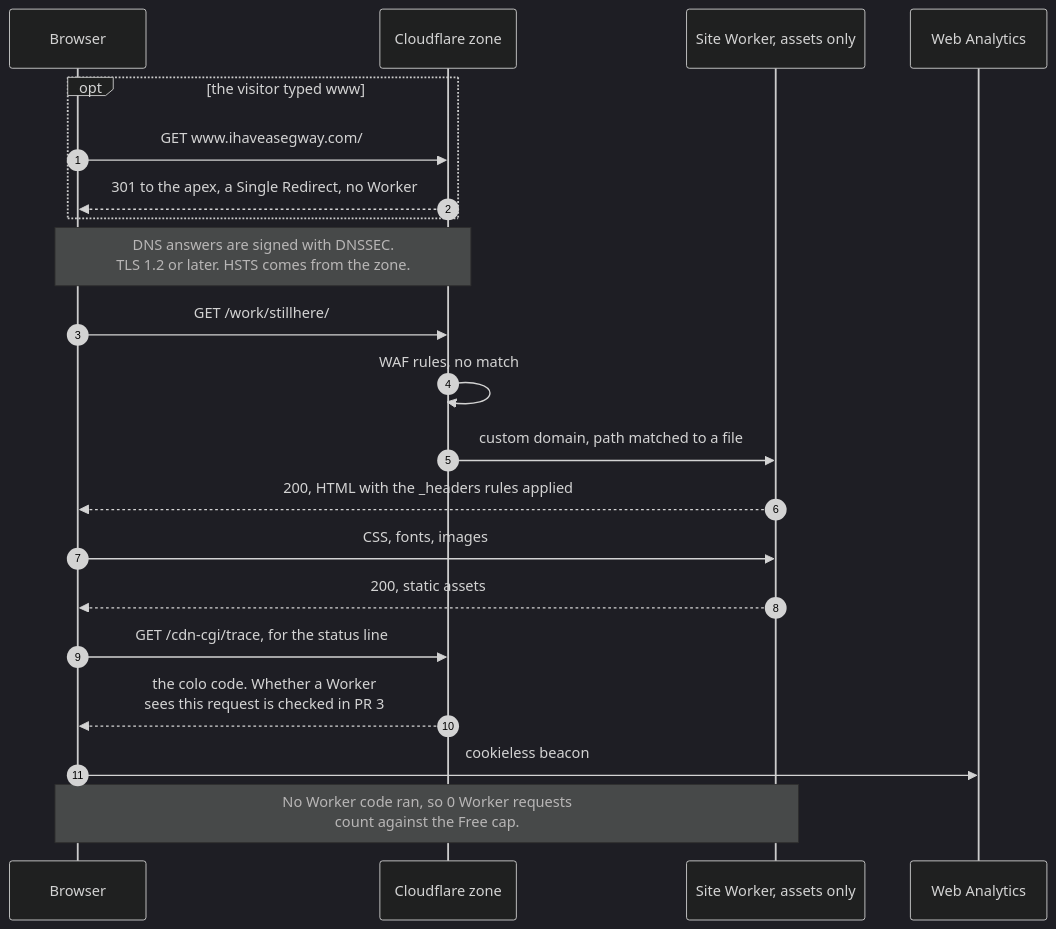
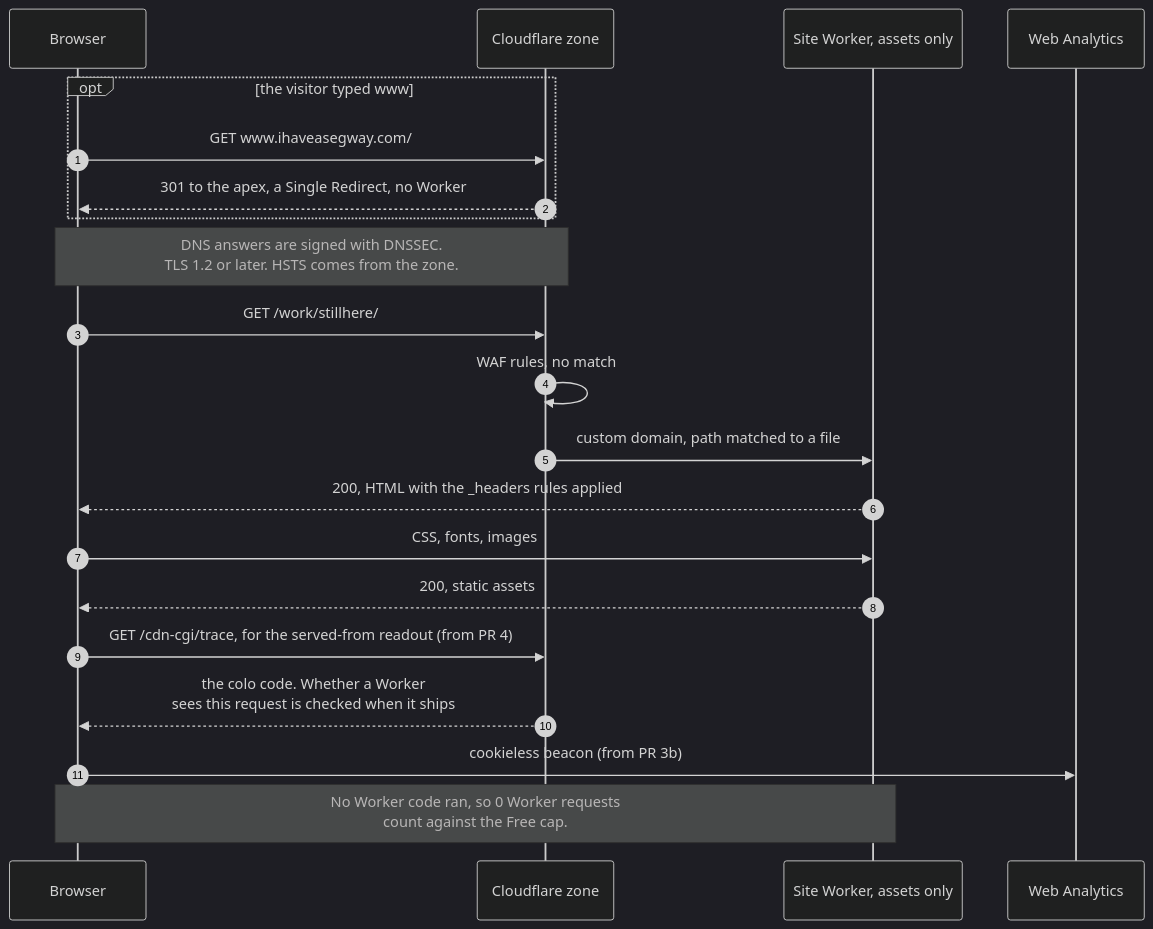
One commit to IHaveASegway/website changed the third of 5 diagrams in docs/architecture.md. Above: the diagram before and after it, drawn with Mermaid (dark theme). The commit also changed other lines of this file and 14 other files, not shown here.

````diff
--- a/docs/architecture.md
+++ b/docs/architecture.md
@@ -180,23 +180,23 @@
 ```mermaid
 sequenceDiagram
   autonumber
   participant B as Browser
   participant Z as Cloudflare zone
   participant S as Site Worker, assets only
   participant A as Web Analytics
   opt the visitor typed www
     B->>Z: GET www.ihaveasegway.com/
     Z-->>B: 301 to the apex, a Single Redirect, no Worker
   end
   Note over B,Z: DNS answers are signed with DNSSEC.<br/>TLS 1.2 or later. HSTS comes from the zone.
   B->>Z: GET /work/stillhere/
   Z->>Z: WAF rules, no match
   Z->>S: custom domain, path matched to a file
   S-->>B: 200, HTML with the _headers rules applied
   B->>S: CSS, fonts, images
   S-->>B: 200, static assets
-  B->>Z: GET /cdn-cgi/trace, for the status line
-  Z-->>B: the colo code. Whether a Worker<br/>sees this request is checked in PR 3
-  B->>A: cookieless beacon
+  B->>Z: GET /cdn-cgi/trace, for the served-from readout (from PR 4)
+  Z-->>B: the colo code. Whether a Worker<br/>sees this request is checked when it ships
+  B->>A: cookieless beacon (from PR 3b)
   Note over B,S: No Worker code ran, so 0 Worker requests<br/>count against the Free cap.
 ```
````
